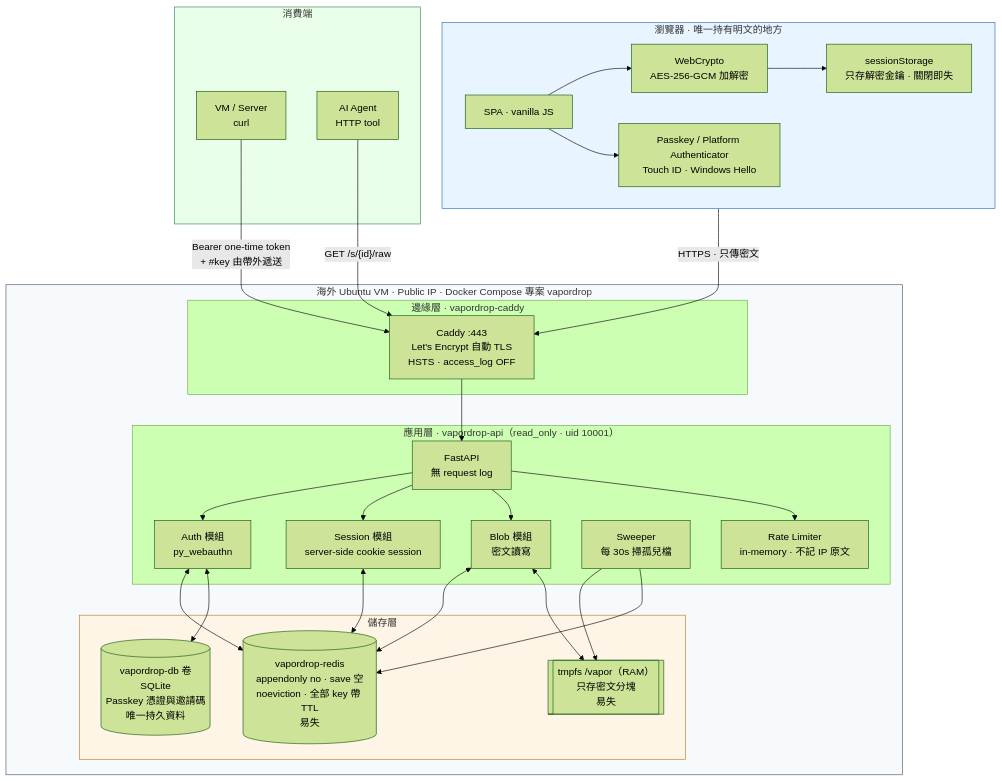
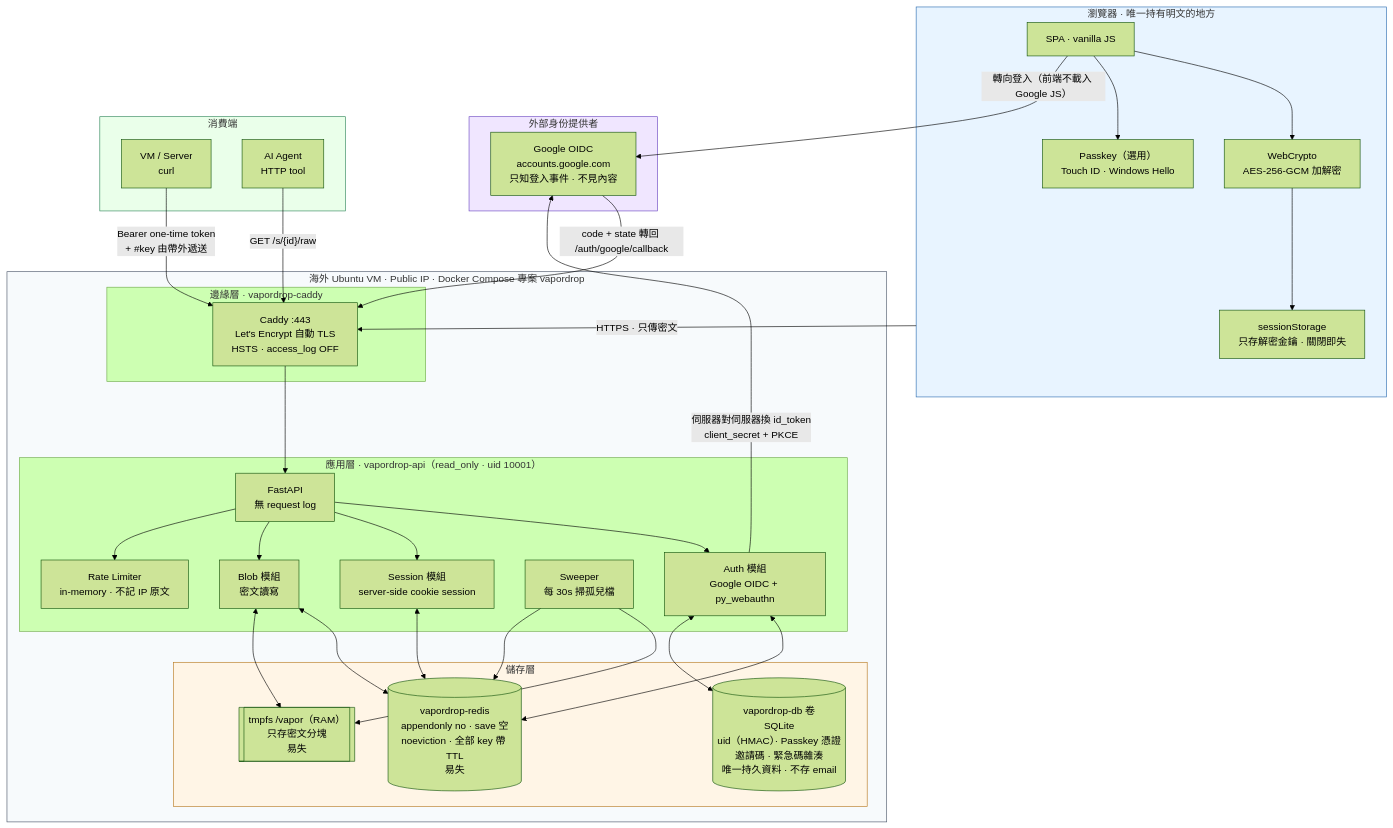
One commit to tonylnng/VaporDrop changed the first of 12 diagrams in README.md. Above: the diagram before and after it, drawn with Mermaid (forest theme). The commit also changed other lines of this file and 19 other files, not shown here.

First line of the commit message:
feat: 改以 Google 登入為主要認證方式（OIDC Authorization Code + PKCE）

````diff
--- a/README.md
+++ b/README.md
@@ -33,60 +33,68 @@
 ```mermaid
 graph TB
     subgraph Client["瀏覽器 · 唯一持有明文的地方"]
         UI["SPA · vanilla JS"]
         WC["WebCrypto<br/>AES-256-GCM 加解密"]
-        PK["Passkey / Platform Authenticator<br/>Touch ID · Windows Hello"]
+        PK["Passkey（選用）<br/>Touch ID · Windows Hello"]
         SS["sessionStorage<br/>只存解密金鑰 · 關閉即失"]
         UI --> WC
         UI --> PK
         WC --> SS
     end
 
     subgraph Host["海外 Ubuntu VM · Public IP · Docker Compose 專案 vapordrop"]
     subgraph Edge["邊緣層 · vapordrop-caddy"]
         CADDY["Caddy :443<br/>Let's Encrypt 自動 TLS<br/>HSTS · access_log OFF"]
     end
 
     subgraph App["應用層 · vapordrop-api（read_only · uid 10001）"]
         API["FastAPI<br/>無 request log"]
-        AUTH["Auth 模組<br/>py_webauthn"]
+        AUTH["Auth 模組<br/>Google OIDC + py_webauthn"]
         SESS["Session 模組<br/>server-side cookie session"]
         BLOB["Blob 模組<br/>密文讀寫"]
         SWEEP["Sweeper<br/>每 30s 掃孤兒檔"]
         RL["Rate Limiter<br/>in-memory · 不記 IP 原文"]
         API --> AUTH
         API --> SESS
         API --> BLOB
         API --> RL
     end
 
     subgraph Store["儲存層"]
         REDIS[("vapordrop-redis<br/>appendonly no · save 空<br/>noeviction · 全部 key 帶 TTL<br/>易失")]
         TMPFS[["tmpfs /vapor（RAM）<br/>只存密文分塊<br/>易失"]]
-        SQLITE[("vapordrop-db 卷<br/>SQLite<br/>Passkey 憑證與邀請碼<br/>唯一持久資料")]
+        SQLITE[("vapordrop-db 卷<br/>SQLite<br/>uid（HMAC）· Passkey 憑證<br/>邀請碼 · 緊急碼雜湊<br/>唯一持久資料 · 不存 email")]
     end
+    end
+
+    subgraph IdP["外部身份提供者"]
+        GOOG["Google OIDC<br/>accounts.google.com<br/>只知登入事件 · 不見內容"]
     end
 
     subgraph Consumer["消費端"]
         VM["VM / Server<br/>curl"]
         AGENT["AI Agent<br/>HTTP tool"]
     end
 
     Client -- "HTTPS · 只傳密文" --> CADDY
     CADDY --> API
     AUTH <--> REDIS
     AUTH <--> SQLITE
+    UI -- "轉向登入（前端不載入 Google JS）" --> GOOG
+    GOOG -- "code + state 轉回 /auth/google/callback" --> CADDY
+    AUTH -- "伺服器對伺服器換 id_token<br/>client_secret + PKCE" --> GOOG
     SESS <--> REDIS
     BLOB <--> REDIS
     BLOB <--> TMPFS
     SWEEP --> TMPFS
     SWEEP --> REDIS
 
     VM -- "Bearer one-time token<br/>+ #key 由帶外遞送" --> CADDY
     AGENT -- "GET /s/{id}/raw" --> CADDY
 
     style Client fill:#e8f4ff,stroke:#2b6cb0
     style Host fill:#f7fafc,stroke:#4a5568
     style Store fill:#fff5e6,stroke:#b7791f
     style Consumer fill:#eaffea,stroke:#2f855a
+    style IdP fill:#f0e6ff,stroke:#6b46c1
 ```
````
